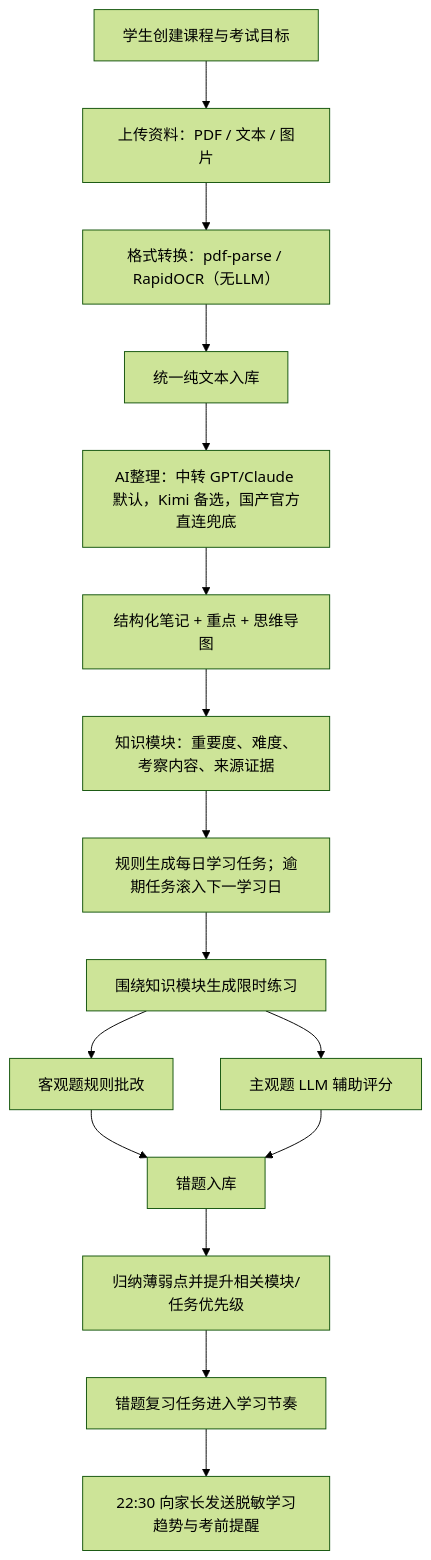
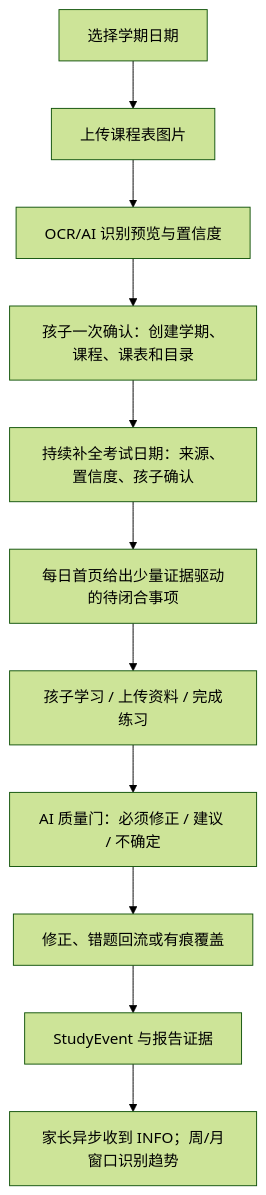
Before and after one commit to everything-is-simple/ai-studybuddy: the second of 4 diagrams in docs/01-总PRD-产品需求-Product-Requirements.md, drawn with Mermaid (forest theme). The commit also changed other lines of this file and 4 other files, not shown here.

````diff
--- a/docs/01-总PRD-产品需求-Product-Requirements.md
+++ b/docs/01-总PRD-产品需求-Product-Requirements.md
@@ -137,18 +152,13 @@
 ```mermaid
 flowchart TD
-  A["学生创建课程与考试目标"] --> B["上传资料：PDF / 文本 / 图片"]
-  B --> C["格式转换：pdf-parse / RapidOCR（无LLM）"]
-  C --> D["统一纯文本入库"]
-  D --> E["AI整理：中转 GPT/Claude 默认，Kimi 备选，国产官方直连兜底"]
-  E --> F["结构化笔记 + 重点 + 思维导图"]
-  F --> M["知识模块：重要度、难度、考察内容、来源证据"]
-  M --> N["规则生成每日学习任务；逾期任务滚入下一学习日"]
-  N --> G["围绕知识模块生成限时练习"]
-  G --> H1["客观题规则批改"]
-  G --> H2["主观题 LLM 辅助评分"]
-  H1 --> I["错题入库"]
-  H2 --> I
-  I --> W["归纳薄弱点并提升相关模块/任务优先级"]
-  W --> J["错题复习任务进入学习节奏"]
-  J --> K["22:30 向家长发送脱敏学习趋势与考前提醒"]
+  A["选择学期日期"] --> B["上传课程表图片"]
+  B --> C["OCR/AI 识别预览与置信度"]
+  C --> D["孩子一次确认：创建学期、课程、课表和目录"]
+  D --> E["持续补全考试日期：来源、置信度、孩子确认"]
+  E --> F["每日首页给出少量证据驱动的待闭合事项"]
+  F --> G["孩子学习 / 上传资料 / 完成练习"]
+  G --> H["AI 质量门：必须修正 / 建议 / 不确定"]
+  H --> I["修正、错题回流或有痕覆盖"]
+  I --> J["StudyEvent 与报告证据"]
+  J --> K["家长异步收到 INFO；周/月窗口识别趋势"]
 ```
````
